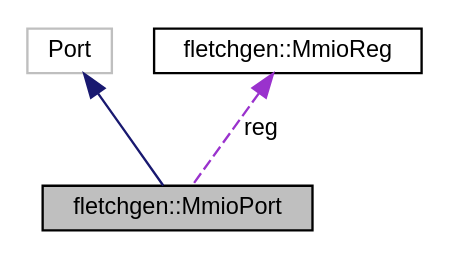
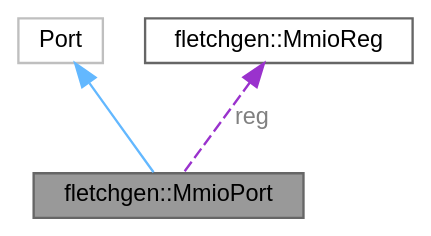
One commit to abs-tudelft/fletcher changed the diagram in api/fletchgen/structfletchgen_1_1_mmio_port__coll__graph.dot. Above: the diagram before and after it, drawn with Graphviz. The commit also changed 621 other files, not shown here.

```diff
--- a/api/fletchgen/structfletchgen_1_1_mmio_port__coll__graph.dot
+++ b/api/fletchgen/structfletchgen_1_1_mmio_port__coll__graph.dot
@@ -1,11 +1,12 @@
 digraph "fletchgen::MmioPort"
 {
  // LATEX_PDF_SIZE
-  edge [fontname="Helvetica",fontsize="10",labelfontname="Helvetica",labelfontsize="10"];
-  node [fontname="Helvetica",fontsize="10",shape=record];
-  Node1 [label="fletchgen::MmioPort",height=0.2,width=0.4,color="black", fillcolor="grey75", style="filled", fontcolor="black",tooltip="A port on the vhdmmio component. Remembers what register spec it came from."];
-  Node2 -> Node1 [dir="back",color="midnightblue",fontsize="10",style="solid",fontname="Helvetica"];
-  Node2 [label="Port",height=0.2,width=0.4,color="grey75", fillcolor="white", style="filled",tooltip=" "];
-  Node3 -> Node1 [dir="back",color="darkorchid3",fontsize="10",style="dashed",label=" reg" ,fontname="Helvetica"];
-  Node3 [label="fletchgen::MmioReg",height=0.2,width=0.4,color="black", fillcolor="white", style="filled",URL="$structfletchgen_1_1_mmio_reg.html",tooltip="Structure to represent an MMIO register."];
+  bgcolor="transparent";
+  edge [fontname=Helvetica,fontsize=10,labelfontname=Helvetica,labelfontsize=10];
+  node [fontname=Helvetica,fontsize=10,shape=box,height=0.2,width=0.4];
+  Node1 [id="Node000001",label="fletchgen::MmioPort",height=0.2,width=0.4,color="gray40", fillcolor="grey60", style="filled", fontcolor="black",tooltip="A port on the vhdmmio component. Remembers what register spec it came from."];
+  Node2 -> Node1 [id="edge1_Node000001_Node000002",dir="back",color="steelblue1",style="solid",tooltip=" "];
+  Node2 [id="Node000002",label="Port",height=0.2,width=0.4,color="grey75", fillcolor="white", style="filled",tooltip=" "];
+  Node3 -> Node1 [id="edge2_Node000001_Node000003",dir="back",color="darkorchid3",style="dashed",tooltip=" ",label=" reg",fontcolor="grey" ];
+  Node3 [id="Node000003",label="fletchgen::MmioReg",height=0.2,width=0.4,color="gray40", fillcolor="white", style="filled",URL="$structfletchgen_1_1_mmio_reg.html",tooltip="Structure to represent an MMIO register."];
 }
```
